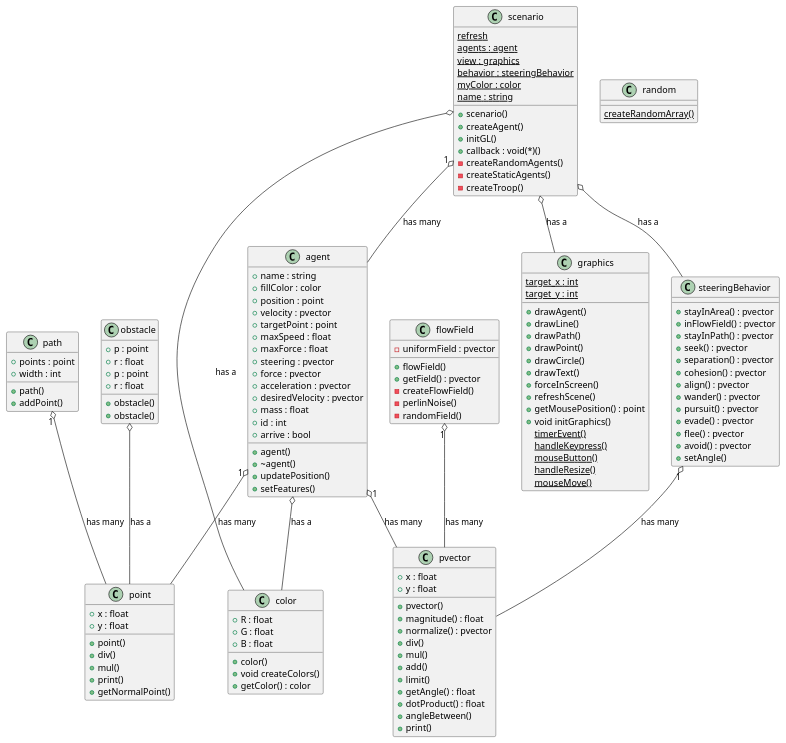
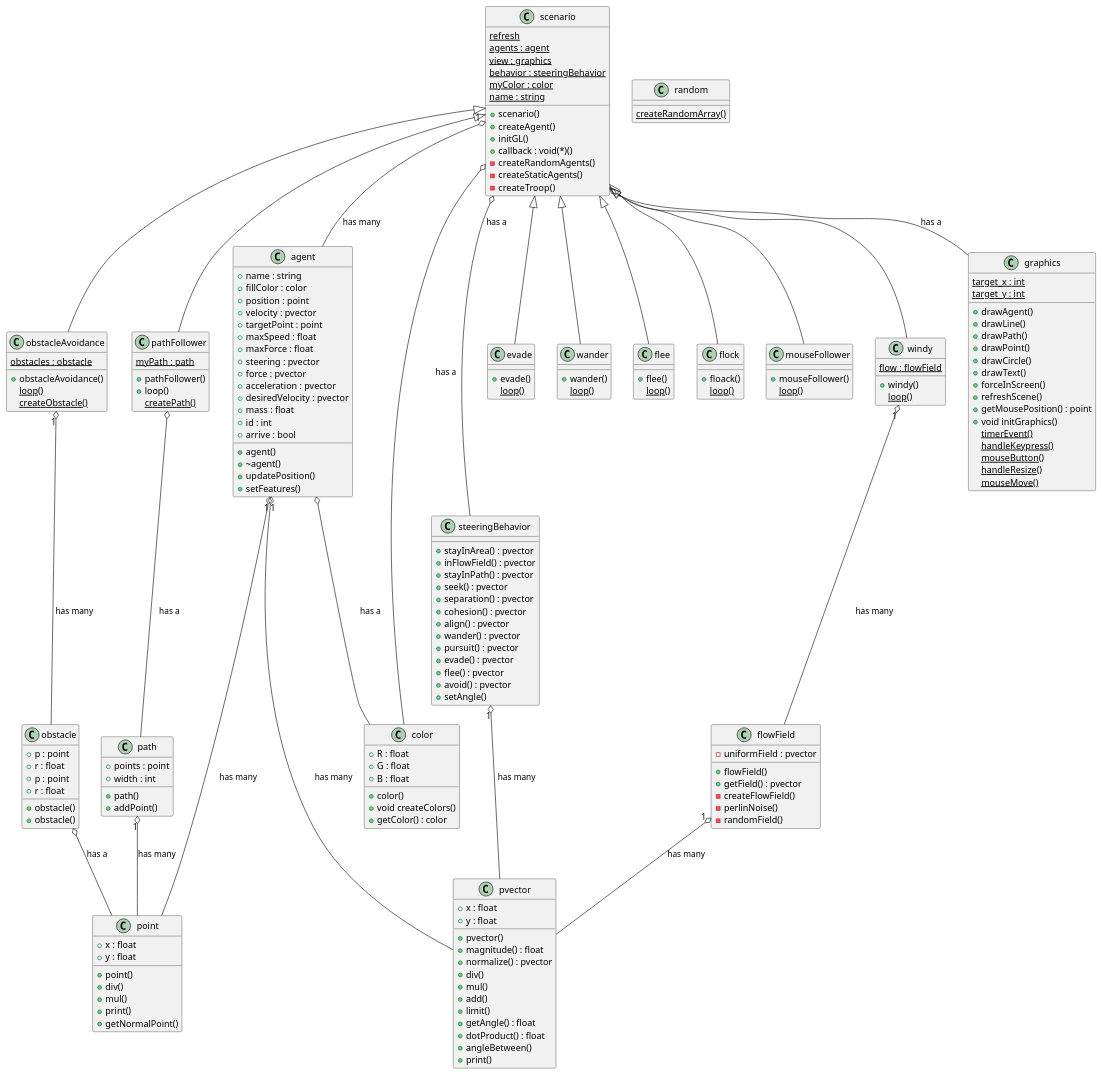
The diagram in docs/uml/class_diagram.puml (mehmetrizaoz/autonomousSteeringAgents), drawn with PlantUML before and after one commit.

Commit message:
all compositions completed in class diagram

```diff
--- a/docs/uml/class_diagram.puml
+++ b/docs/uml/class_diagram.puml
@@ -1,4 +1,50 @@
 @startuml class
+class pathFollower{
+  +pathFollower()
+  +loop()
+  {static}createPath()
+  {static}myPath : path
+}
+
+class evade{
+  +evade()
+  {static}loop()
+}
+
+class wander{
+  +wander()
+  {static}loop()
+}
+
+class windy{
+  +windy()
+  {static}loop()
+  {static}flow : flowField
+}
+
+class obstacleAvoidance{
+  +obstacleAvoidance()
+  {static}loop()
+  {static}obstacles : obstacle
+  {static}createObstacle()
+}
+
+
+class flee{
+  +flee()
+  {static}loop()
+}
+
+class flock{
+  +floack()
+  {static}loop()
+}
+
+class mouseFollower{
+  +mouseFollower()
+  {static}loop()
+}
+
 class steeringBehavior{
   +stayInArea() : pvector
   +inFlowField() : pvector
@@ -151,4 +197,16 @@
 scenario o-- steeringBehavior : has a
 scenario o-- color : has a
 steeringBehavior "1" o-- pvector : has many
+scenario <|-- evade
+scenario <|-- flee
+scenario <|-- flock
+scenario <|-- mouseFollower
+scenario <|-- obstacleAvoidance
+scenario <|-- pathFollower
+scenario <|-- wander
+scenario <|-- windy
+obstacleAvoidance "1" o-- obstacle : has many
+pathFollower o-- path : has a
+windy "1" o-- flowField : has many
+
 @enduml
```
